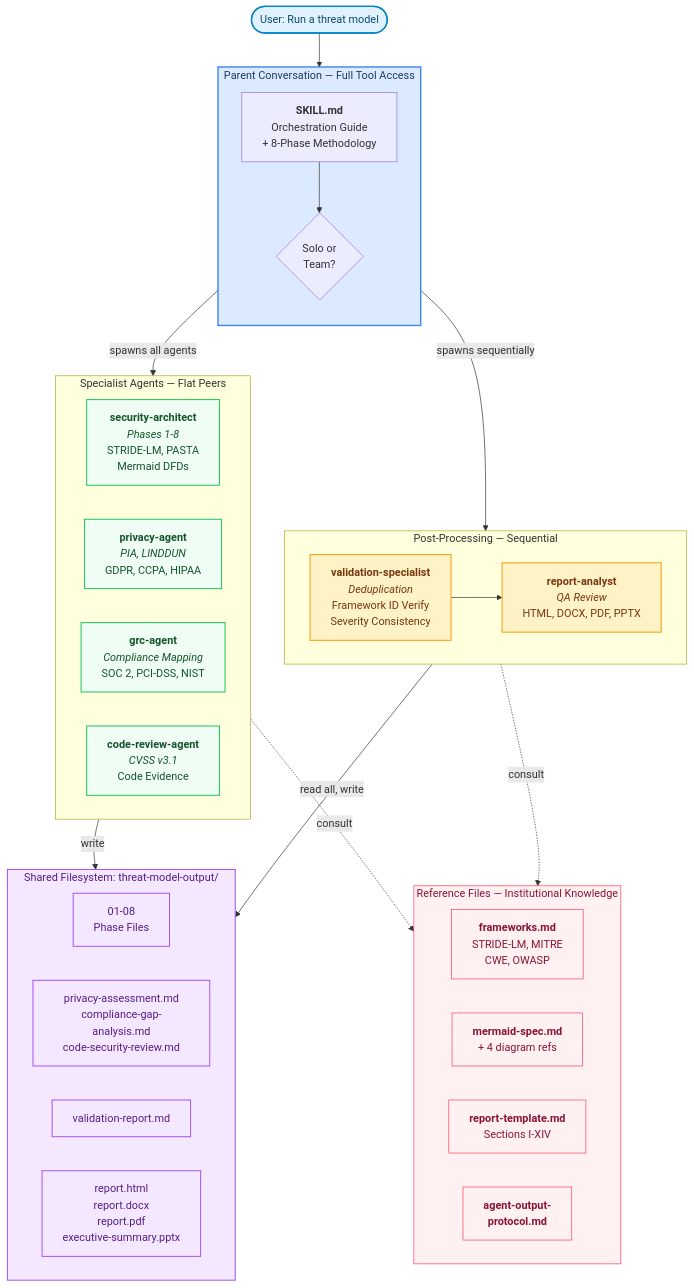
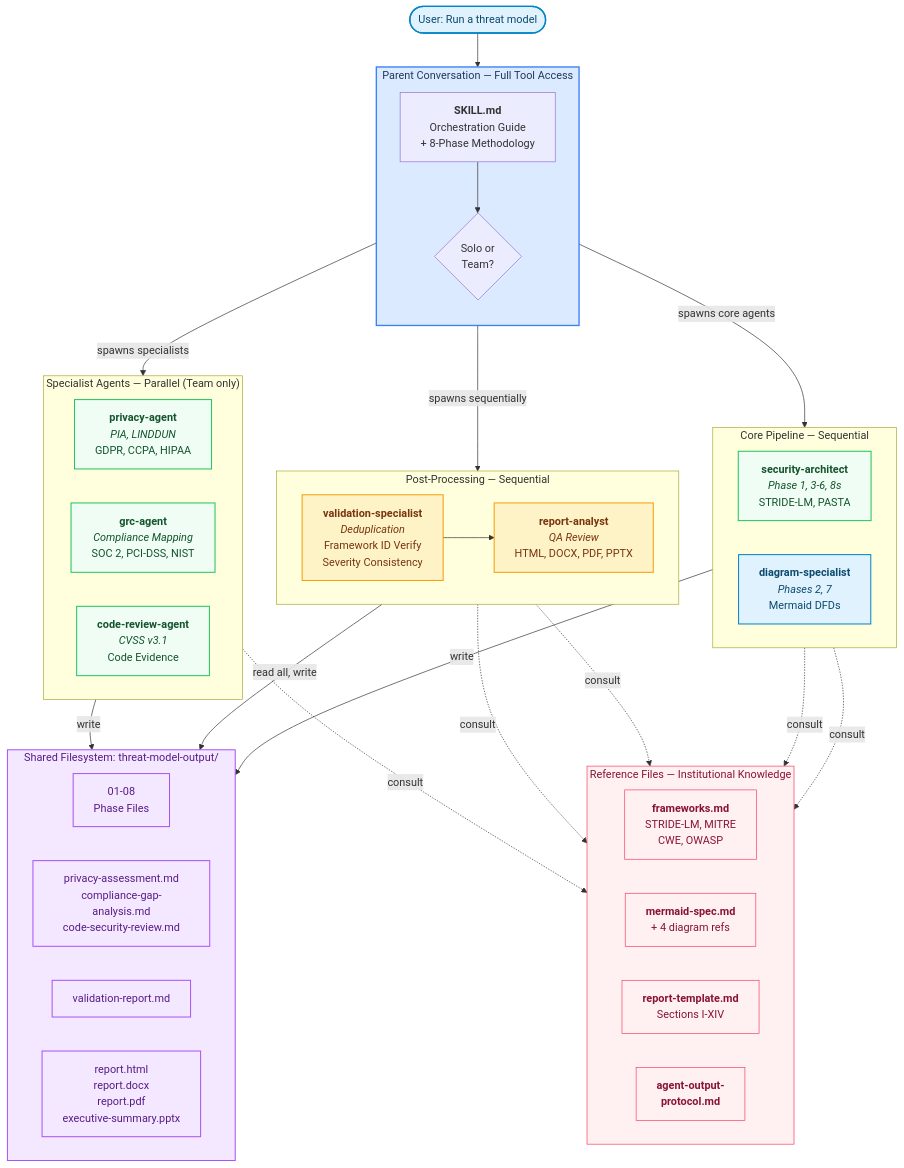
The diagram in docs/diagrams/system-architecture.mmd (trwilcoxson/claude-agents), drawn with Mermaid before and after one commit. The commit also changed 11 other files, not shown here.

First line of the commit message:
Extract diagram-specialist to reduce security-architect context rot

```diff
--- a/docs/diagrams/system-architecture.mmd
+++ b/docs/diagrams/system-architecture.mmd
@@ -1,64 +1,76 @@
 %%{init: {"theme": "base", "themeVariables": {"primaryColor": "#f5f5f5", "primaryTextColor": "#1a1a2e", "primaryBorderColor": "#555", "lineColor": "#4a4a6a", "secondaryColor": "#e8eaf6", "tertiaryColor": "#f5f5f5", "fontSize": "15px", "fontFamily": "'Segoe UI', 'Helvetica Neue', Arial, sans-serif", "edgeLabelBackground": "#ffffffee", "clusterBkg": "#f8f9fa", "clusterBorder": "#dee2e6"}, "flowchart": {"useMaxWidth": false, "htmlLabels": true, "curve": "basis", "padding": 24, "nodeSpacing": 60, "rankSpacing": 70}}}%%
 
 flowchart TB
     User(["User: Run a threat model"])
 
     subgraph Parent["Parent Conversation — Full Tool Access"]
         direction TB
         SKILL["<b>SKILL.md</b><br/>Orchestration Guide<br/>+ 8-Phase Methodology"]
         Decide{"Solo or<br/>Team?"}
         SKILL --> Decide
     end
 
-    subgraph Specialists["Specialist Agents — Flat Peers"]
+    subgraph Core["Core Pipeline — Sequential"]
         direction LR
-        SA["<b>security-architect</b><br/><i>Phases 1-8</i><br/>STRIDE-LM, PASTA<br/>Mermaid DFDs"]
+        SA["<b>security-architect</b><br/><i>Phase 1, 3-6, 8s</i><br/>STRIDE-LM, PASTA"]
+        DS["<b>diagram-specialist</b><br/><i>Phases 2, 7</i><br/>Mermaid DFDs"]
+    end
+
+    subgraph Specialists["Specialist Agents — Parallel (Team only)"]
+        direction LR
         PA["<b>privacy-agent</b><br/><i>PIA, LINDDUN</i><br/>GDPR, CCPA, HIPAA"]
         GRC["<b>grc-agent</b><br/><i>Compliance Mapping</i><br/>SOC 2, PCI-DSS, NIST"]
         CR["<b>code-review-agent</b><br/><i>CVSS v3.1</i><br/>Code Evidence"]
     end
 
     subgraph PostProcess["Post-Processing — Sequential"]
         direction LR
         VS["<b>validation-specialist</b><br/><i>Deduplication</i><br/>Framework ID Verify<br/>Severity Consistency"]
         RA["<b>report-analyst</b><br/><i>QA Review</i><br/>HTML, DOCX, PDF, PPTX"]
         VS --> RA
     end
 
     subgraph FS["Shared Filesystem: threat-model-output/"]
         direction LR
         Phases["01-08<br/>Phase Files"]
         TeamOut["privacy-assessment.md<br/>compliance-gap-analysis.md<br/>code-security-review.md"]
         ValOut["validation-report.md"]
         Reports["report.html<br/>report.docx<br/>report.pdf<br/>executive-summary.pptx"]
     end
 
     subgraph Refs["Reference Files — Institutional Knowledge"]
         direction LR
         R1["<b>frameworks.md</b><br/>STRIDE-LM, MITRE<br/>CWE, OWASP"]
         R2["<b>mermaid-spec.md</b><br/>+ 4 diagram refs"]
         R3["<b>report-template.md</b><br/>Sections I-XIV"]
         R4["<b>agent-output-</b><br/><b>protocol.md</b>"]
     end
 
     User --> Parent
-    Parent -->|"spawns all agents"| Specialists
+    Parent -->|"spawns core agents"| Core
+    Parent -->|"spawns specialists"| Specialists
     Parent -->|"spawns sequentially"| PostProcess
+    Core -->|"write"| FS
     Specialists -->|"write"| FS
     PostProcess -->|"read all, write"| FS
+    SA -.->|"consult"| R1
+    DS -.->|"consult"| R2
     Specialists -.->|"consult"| Refs
+    RA -.->|"consult"| R3
     PostProcess -.->|"consult"| Refs
 
     classDef parent fill:#dbeafe,stroke:#3b82f6,stroke-width:2px,color:#1e3a5f
     classDef agent fill:#f0fdf4,stroke:#22c55e,stroke-width:1.5px,color:#14532d
+    classDef diagram fill:#e0f2fe,stroke:#0284c7,stroke-width:1.5px,color:#0c4a6e
     classDef post fill:#fef3c7,stroke:#f59e0b,stroke-width:1.5px,color:#78350f
     classDef fs fill:#f3e8ff,stroke:#a855f7,stroke-width:1.5px,color:#581c87
     classDef ref fill:#fff1f2,stroke:#f43f5e,stroke-width:1px,color:#881337
     classDef user fill:#e0f2fe,stroke:#0284c7,stroke-width:2px,color:#0c4a6e
 
     class Parent parent
     class SA,PA,GRC,CR agent
+    class DS diagram
     class VS,RA post
     class FS,Phases,TeamOut,ValOut,Reports fs
     class Refs,R1,R2,R3,R4 ref
     class User user
```
